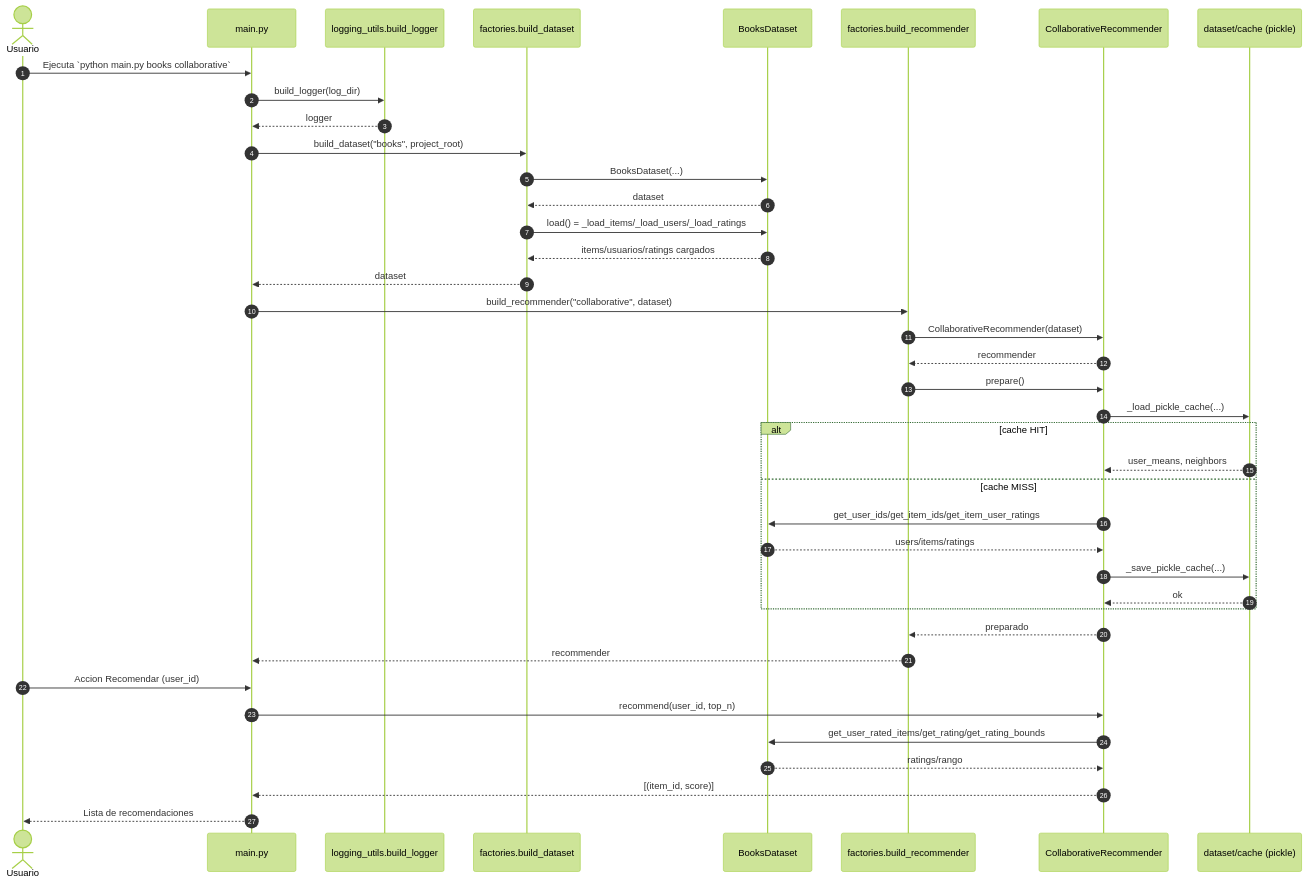
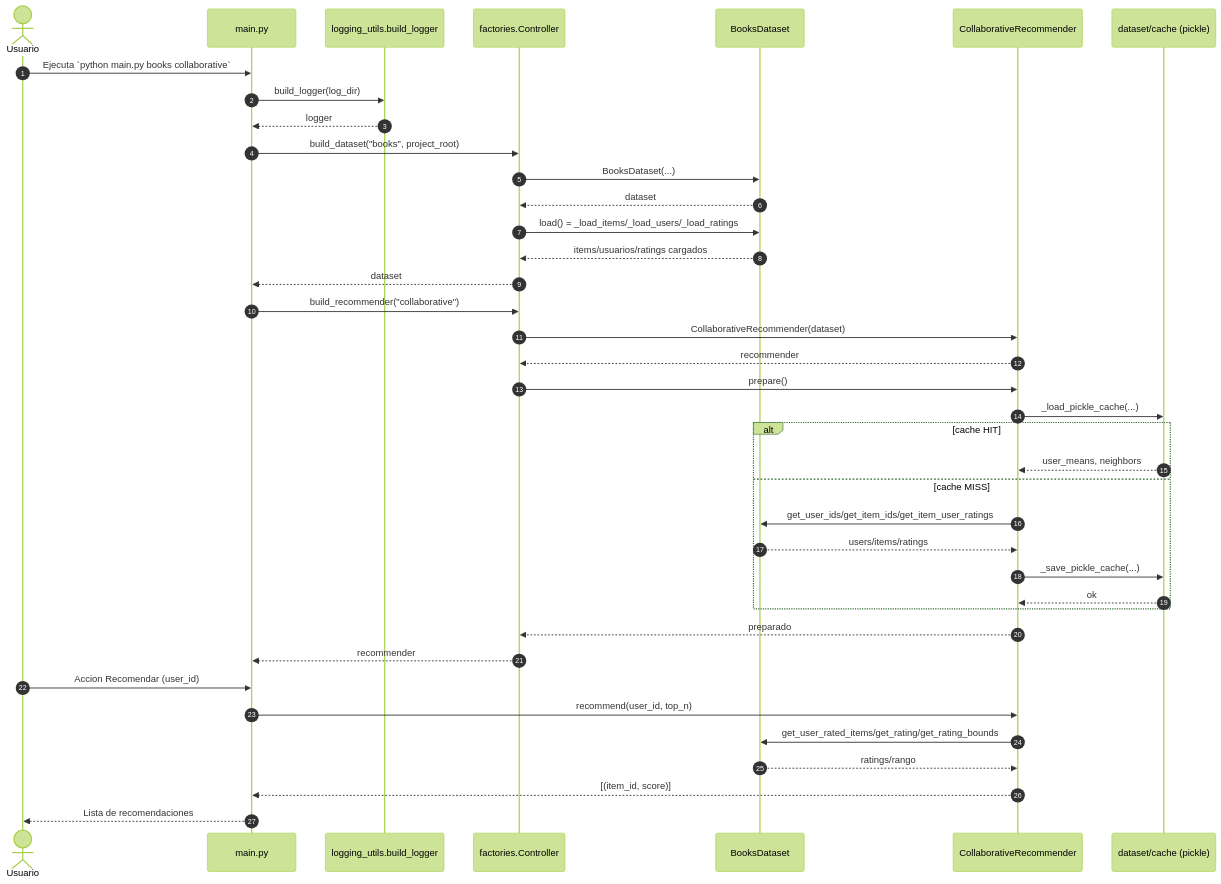
Before and after one commit to Braisfabrega/modular-recommender: the third of 7 diagrams in README.md, drawn with Mermaid (forest theme). The commit also changed other lines of this file and 2 other files, not shown here.

Commit message:
fis: controller implementation

````diff
--- a/README.md
+++ b/README.md
@@ -207,43 +215,42 @@
 ```mermaid
 sequenceDiagram
   autonumber
   actor Usuario
   participant Main as main.py
   participant Logger as logging_utils.build_logger
-  participant Factory as factories.build_dataset
+  participant Controller as factories.Controller
   participant Dataset as BooksDataset
-  participant RecFactory as factories.build_recommender
   participant Recommender as CollaborativeRecommender
   participant Cache as dataset/cache (pickle)
 
   Usuario->>Main: Ejecuta `python main.py books collaborative`
   Main->>Logger: build_logger(log_dir)
   Logger-->>Main: logger
-  Main->>Factory: build_dataset("books", project_root)
-  Factory->>Dataset: BooksDataset(...)
-  Dataset-->>Factory: dataset
-  Factory->>Dataset: load() = _load_items/_load_users/_load_ratings
-  Dataset-->>Factory: items/usuarios/ratings cargados
-  Factory-->>Main: dataset
-  Main->>RecFactory: build_recommender("collaborative", dataset)
-  RecFactory->>Recommender: CollaborativeRecommender(dataset)
-  Recommender-->>RecFactory: recommender
-  RecFactory->>Recommender: prepare()
+  Main->>Controller: build_dataset("books", project_root)
+  Controller->>Dataset: BooksDataset(...)
+  Dataset-->>Controller: dataset
+  Controller->>Dataset: load() = _load_items/_load_users/_load_ratings
+  Dataset-->>Controller: items/usuarios/ratings cargados
+  Controller-->>Main: dataset
+  Main->>Controller: build_recommender("collaborative")
+  Controller->>Recommender: CollaborativeRecommender(dataset)
+  Recommender-->>Controller: recommender
+  Controller->>Recommender: prepare()
   Recommender->>Cache: _load_pickle_cache(...)
   alt cache HIT
     Cache-->>Recommender: user_means, neighbors
   else cache MISS
     Recommender->>Dataset: get_user_ids/get_item_ids/get_item_user_ratings
     Dataset-->>Recommender: users/items/ratings
     Recommender->>Cache: _save_pickle_cache(...)
     Cache-->>Recommender: ok
   end
-  Recommender-->>RecFactory: preparado
-  RecFactory-->>Main: recommender
+  Recommender-->>Controller: preparado
+  Controller-->>Main: recommender
   Usuario->>Main: Accion Recomendar (user_id)
   Main->>Recommender: recommend(user_id, top_n)
   Recommender->>Dataset: get_user_rated_items/get_rating/get_rating_bounds
   Dataset-->>Recommender: ratings/rango
   Recommender-->>Main: [(item_id, score)]
   Main-->>Usuario: Lista de recomendaciones
 ```
````
